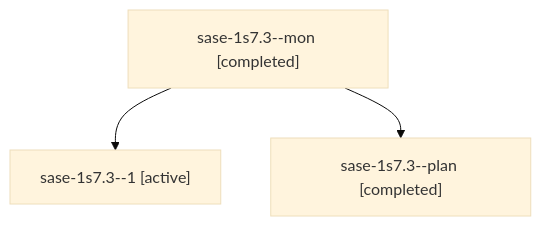
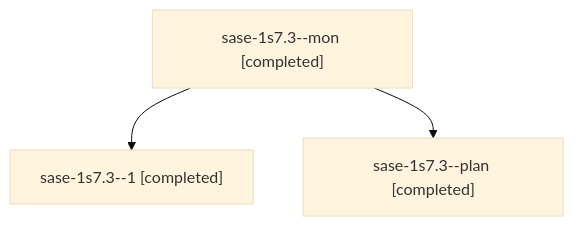
Before and after one commit to sase-org/sase--agents: the diagram in sessions/bbugyi200.athena.sase-1s7.3.md, drawn with Mermaid (base theme). The commit also changed other lines of this file and 84 other files, not shown here.

````diff
--- a/sessions/bbugyi200.athena.sase-1s7.3.md
+++ b/sessions/bbugyi200.athena.sase-1s7.3.md
@@ -9,8 +9,8 @@
 ```mermaid
 flowchart TD
   n0["sase-1s7.3--mon [completed]"]
-  n1["sase-1s7.3--1 [active]"]
+  n1["sase-1s7.3--1 [completed]"]
   n0 --> n1
   n2["sase-1s7.3--plan [completed]"]
   n0 --> n2
 ```
````
